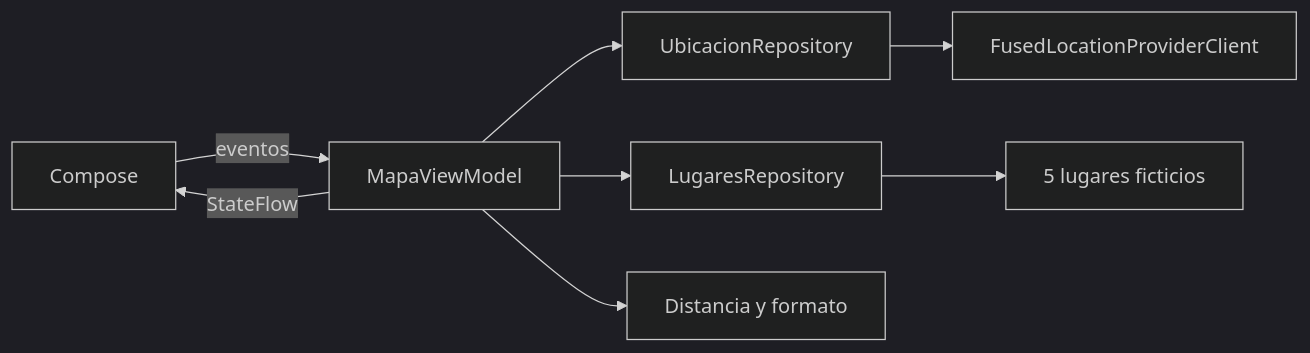
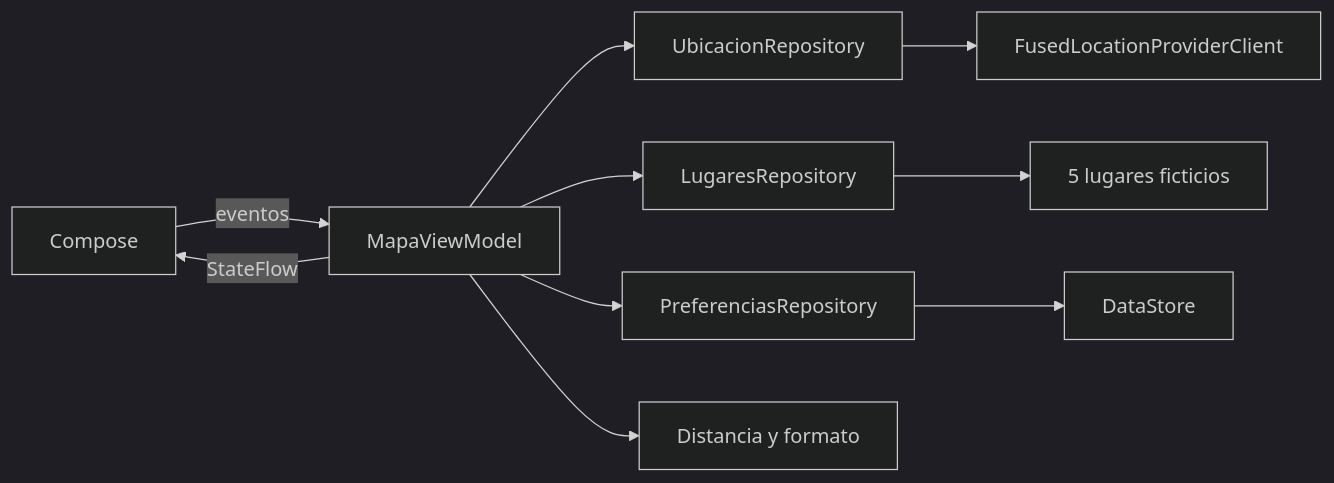
The diagram in SEMANA 13/CampusGPS/README.md (nikolaisuarez-gif/Programaci-n_moviles_Suarez), drawn with Mermaid (dark theme) before and after one commit. The commit also changed other lines of this file and 2 other files, not shown here.

````diff
--- a/SEMANA 13/CampusGPS/README.md
+++ b/SEMANA 13/CampusGPS/README.md
@@ -52,10 +54,12 @@
 ```mermaid
 flowchart LR
     UI[Compose] -->|eventos| VM[MapaViewModel]
     VM -->|StateFlow| UI
     VM --> UR[UbicacionRepository]
     VM --> LR[LugaresRepository]
     UR --> GPS[FusedLocationProviderClient]
     LR --> DATA[5 lugares ficticios]
+    VM --> PR[PreferenciasRepository]
+    PR --> DS[DataStore]
     VM --> DIST[Distancia y formato]
 ```
````
